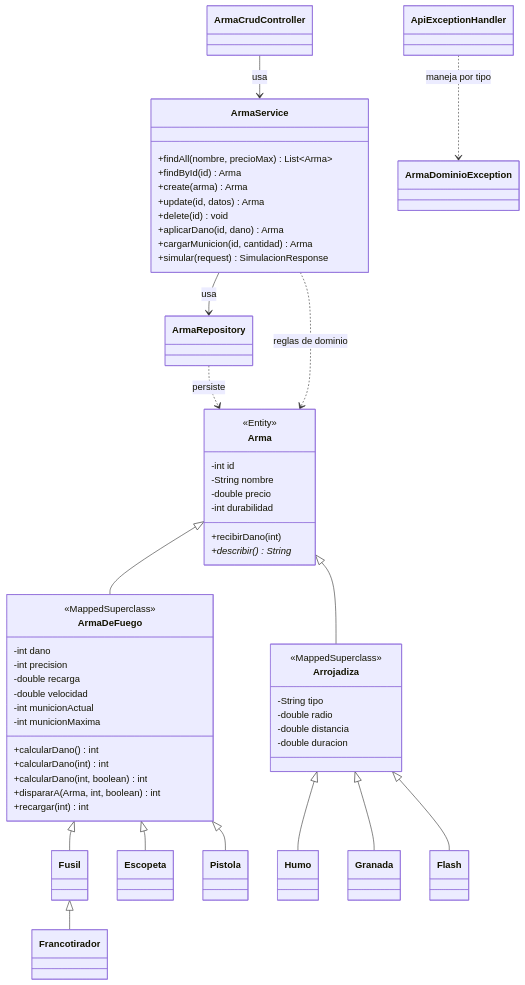
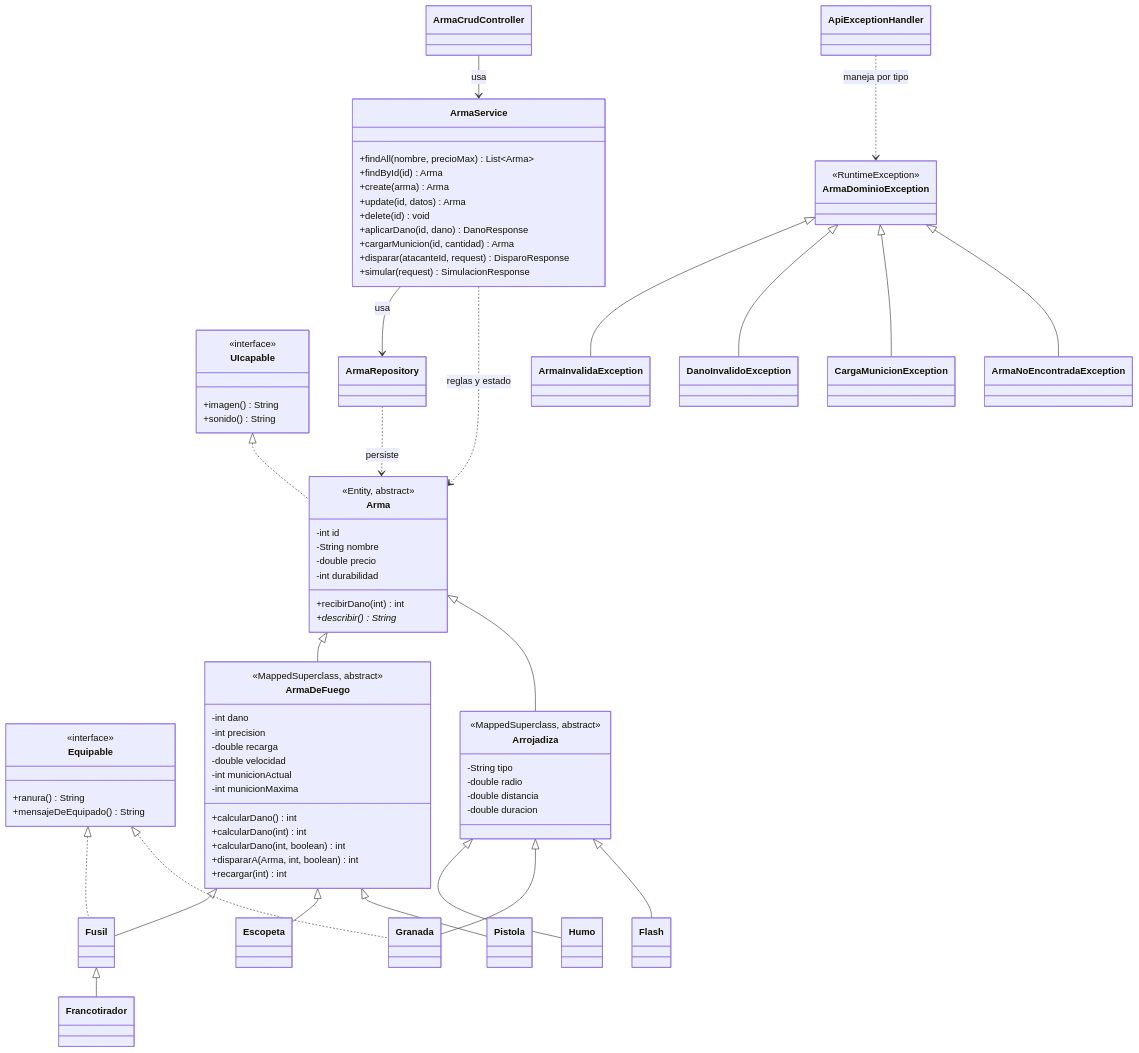
Before and after one commit to MauricioPecci/MPecci-tplp3-2026: the diagram in README.md, drawn with Mermaid. The commit also changed other lines of this file and 14 other files, not shown here.

````diff
--- a/README.md
+++ b/README.md
@@ -308,16 +397,31 @@
 ```mermaid
 classDiagram
+    direction TB
+
+    class UIcapable {
+        <<interface>>
+        +imagen() String
+        +sonido() String
+    }
+
+    class Equipable {
+        <<interface>>
+        +ranura() String
+        +mensajeDeEquipado() String
+    }
+
     class Arma {
-        <<Entity>>
+        <<Entity, abstract>>
         -int id
         -String nombre
         -double precio
         -int durabilidad
-        +recibirDano(int)
+        +recibirDano(int) int
         +describir()* String
     }
+
     class ArmaDeFuego {
-        <<MappedSuperclass>>
+        <<MappedSuperclass, abstract>>
         -int dano
         -int precision
         -double recarga
@@ -330,13 +434,26 @@
         +dispararA(Arma, int, boolean) int
         +recargar(int) int
     }
+
     class Arrojadiza {
-        <<MappedSuperclass>>
+        <<MappedSuperclass, abstract>>
         -String tipo
         -double radio
         -double distancia
         -double duracion
     }
+
+    class Fusil
+    class Escopeta
+    class Pistola
+    class Francotirador
+    class Humo
+    class Granada
+    class Flash
+
+    UIcapable <|.. Arma
+    Equipable <|.. Fusil
+    Equipable <|.. Granada
     Arma <|-- ArmaDeFuego
     Arma <|-- Arrojadiza
     ArmaDeFuego <|-- Fusil
@@ -354,16 +471,30 @@
         +create(arma) Arma
         +update(id, datos) Arma
         +delete(id) void
-        +aplicarDano(id, dano) Arma
+        +aplicarDano(id, dano) DanoResponse
         +cargarMunicion(id, cantidad) Arma
+        +disparar(atacanteId, request) DisparoResponse
         +simular(request) SimulacionResponse
     }
     class ArmaCrudController
     class ApiExceptionHandler
 
+    class ArmaDominioException {
+        <<RuntimeException>>
+    }
+    class ArmaInvalidaException
+    class DanoInvalidoException
+    class CargaMunicionException
+    class ArmaNoEncontradaException
+
+    ArmaDominioException <|-- ArmaInvalidaException
+    ArmaDominioException <|-- DanoInvalidoException
+    ArmaDominioException <|-- CargaMunicionException
+    ArmaDominioException <|-- ArmaNoEncontradaException
+
     ArmaRepository ..> Arma : persiste
     ArmaService --> ArmaRepository : usa
-    ArmaService ..> Arma : reglas de dominio
+    ArmaService ..> Arma : reglas y estado
     ArmaCrudController --> ArmaService : usa
     ApiExceptionHandler ..> ArmaDominioException : maneja por tipo
 ```
````
